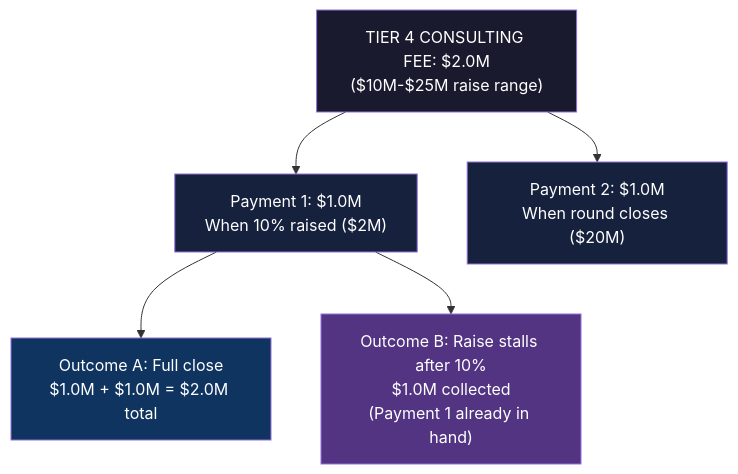
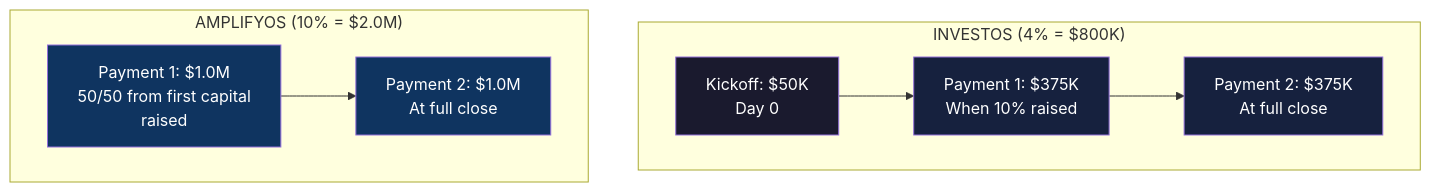
Before and after one commit to Light-Brands/qie: the first of 4 diagrams in _bmad-output/investos-strategic-model-2026-03-05.md, drawn with Mermaid. The commit also changed other lines of this file and 3 other files, not shown here.

````diff
--- a/_bmad-output/investos-strategic-model-2026-03-05.md
+++ b/_bmad-output/investos-strategic-model-2026-03-05.md
@@ -113,15 +159,22 @@
 ```mermaid
 graph TD
-    FEE["TIER 4 CONSULTING FEE: $2.0M<br/>($10M-$25M raise range)"]
-    FEE --> P1["Payment 1: $1.0M<br/>When 10% raised ($2M)"]
-    FEE --> P2["Payment 2: $1.0M<br/>When round closes ($20M)"]
+    subgraph "INVESTOS (4% = $800K)"
+        IK["Kickoff: $50K<br/>Day 0"]
+        IP1["Payment 1: $375K<br/>When 10% raised"]
+        IP2["Payment 2: $375K<br/>At full close"]
+    end
 
-    P1 --> A["Outcome A: Full close<br/>$1.0M + $1.0M = $2.0M total"]
-    P1 --> B["Outcome B: Raise stalls after 10%<br/>$1.0M collected<br/>(Payment 1 already in hand)"]
+    subgraph "AMPLIFYOS (10% = $2.0M)"
+        AP1["Payment 1: $1.0M<br/>50/50 from first capital<br/>raised"]
+        AP2["Payment 2: $1.0M<br/>At full close"]
+    end
 
-    style FEE fill:#1a1a2e,color:#fff
-    style P1 fill:#16213e,color:#fff
-    style P2 fill:#16213e,color:#fff
-    style A fill:#0f3460,color:#fff
-    style B fill:#533483,color:#fff
+    IK --> IP1 --> IP2
+    AP1 --> AP2
+
+    style IK fill:#1a1a2e,color:#fff
+    style IP1 fill:#16213e,color:#fff
+    style IP2 fill:#16213e,color:#fff
+    style AP1 fill:#0f3460,color:#fff
+    style AP2 fill:#0f3460,color:#fff
 ```
````
